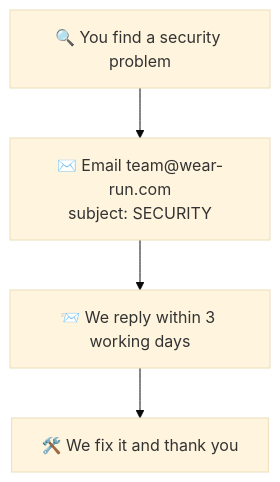
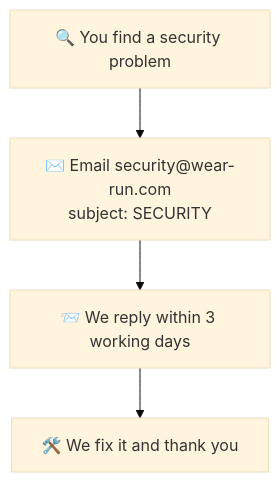
The diagram in SECURITY.md (hateem2121/RUN-APPAREL-W.D), drawn with Mermaid (base theme) before and after one commit. The commit also changed other lines of this file and 40 other files, not shown here.

First line of the commit message:
Website: show only aliases of team@ — inquiry@ for buyers and form messages, press@, security@ (#160)

````diff
--- a/SECURITY.md
+++ b/SECURITY.md
@@ -13,6 +13,6 @@
 ```mermaid
 flowchart TB
-  A["🔍 You find a security problem"] --> B["✉️ Email team@wear-run.com<br/>subject: SECURITY"]
+  A["🔍 You find a security problem"] --> B["✉️ Email security@wear-run.com<br/>subject: SECURITY"]
   B --> C["📨 We reply within 3 working days"]
   C --> D["🛠️ We fix it and thank you"]
 ```
````
